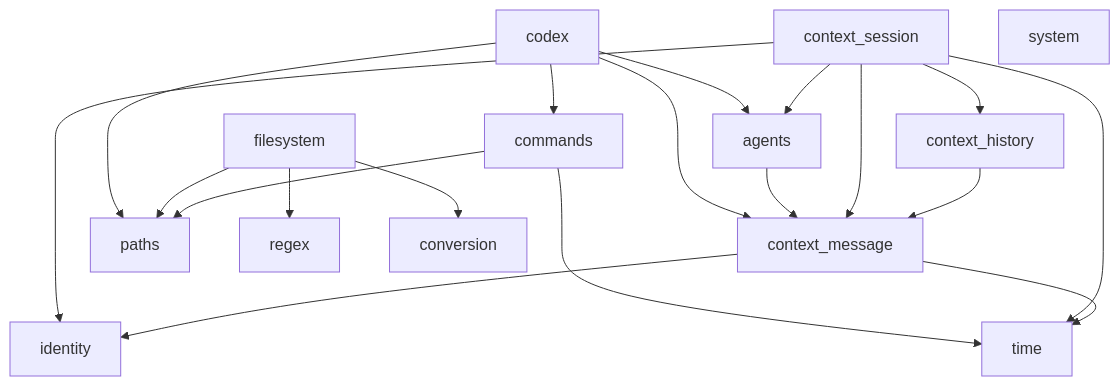
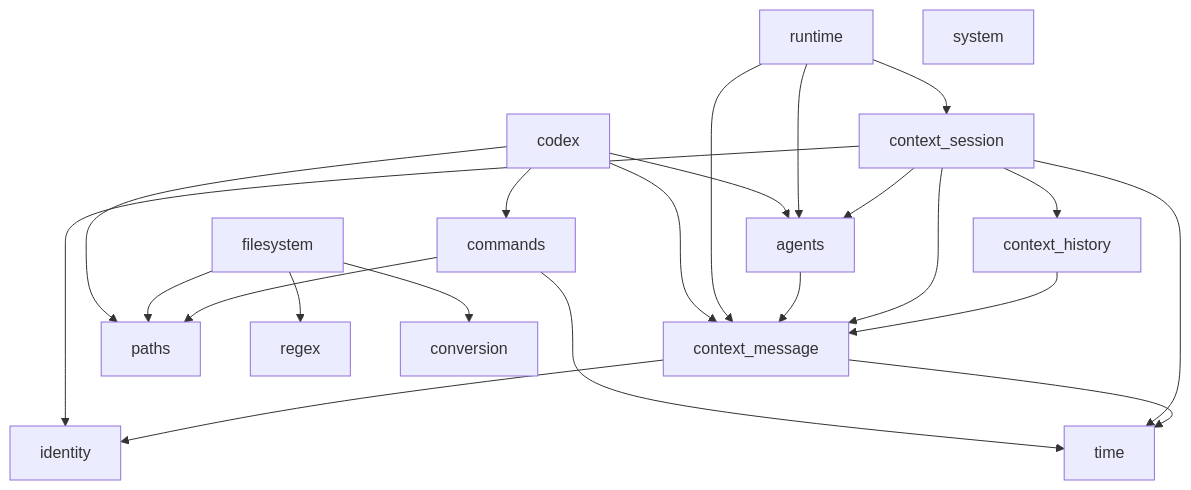
The diagram in docs/architecture.md (asmith662/devtools), drawn with Mermaid before and after one commit. The commit also changed other lines of this file and 10 other files, not shown here.

````diff
--- a/docs/architecture.md
+++ b/docs/architecture.md
@@ -47,28 +49,31 @@
 ```mermaid
 graph TD
     context_message --> identity
     context_message --> time
     context_history --> context_message
     context_session --> context_message
     context_session --> context_history
     context_session --> identity
     context_session --> time
     context_session --> agents
 
     commands --> paths
     commands --> time
 
     filesystem --> paths
     filesystem --> regex
     filesystem --> conversion
 
     agents --> context_message
+    runtime --> agents
+    runtime --> context_message
+    runtime --> context_session
 
     codex --> agents
     codex --> context_message
     codex --> commands
     codex --> paths
 
     identity
     system
 ```
````
